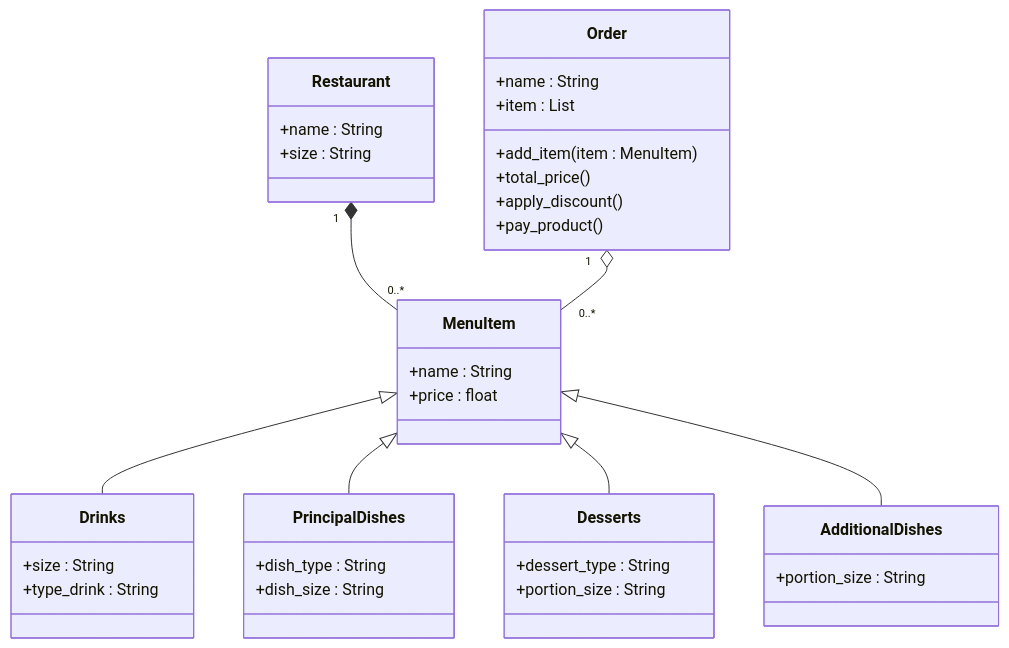
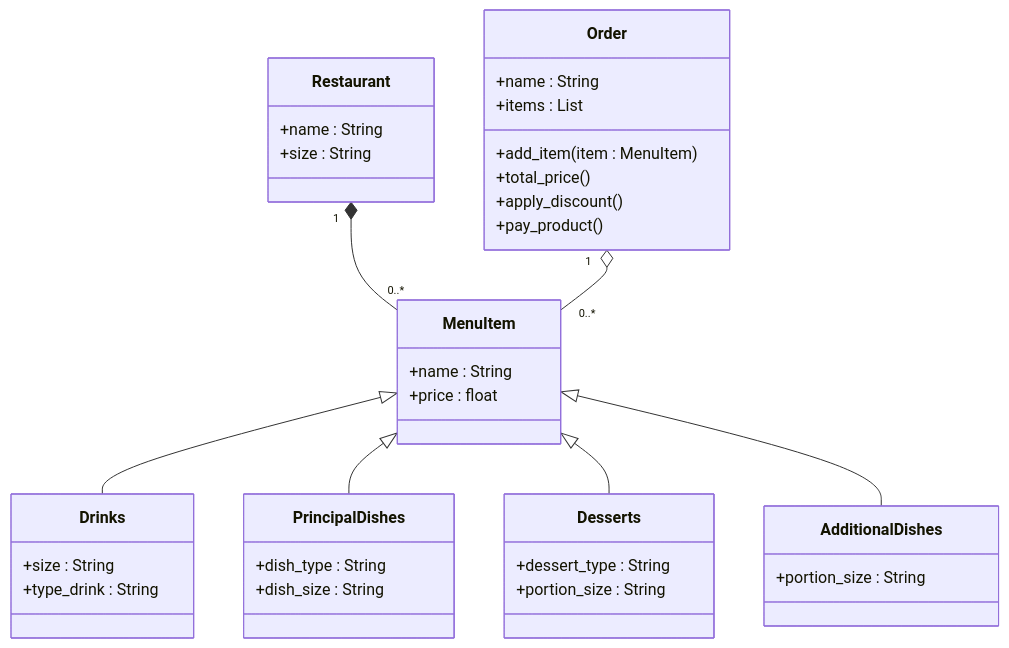
One commit to dabarretor/Reto-3-Composicion_vs_Herencia changed the diagram in README.md. Above: the diagram before and after it, drawn with Mermaid. The commit also changed 1 other file, not shown here.

Commit message:
Challenge 3 complete, but missing add explanations

````diff
--- a/README.md
+++ b/README.md
@@ -17,50 +17,50 @@
 ```mermaid
 classDiagram
 direction TB
 
     Restaurant "1" *-- "0..*" MenuItem
     Order "1" o-- "0..*" MenuItem
     MenuItem <|-- Drinks
     MenuItem <|-- PrincipalDishes
     MenuItem <|-- Desserts
     MenuItem <|-- AdditionalDishes
 
 
     class Restaurant {
 	    +name : String
 	    +size : String
     }
 
     class MenuItem {
 	    +name : String
 	    +price : float
     }
 
     class Order {
 	    +name : String
-        +item : List
+        +items : List
         +add_item(item : MenuItem)
         +total_price()
         +apply_discount()
         +pay_product()
     }
 
     class Drinks {
         +size : String
         +type_drink : String
     }
 
     class PrincipalDishes {
         +dish_type : String
         +dish_size : String
     }
 
     class Desserts {
         +dessert_type : String
         +portion_size : String
     }
 
     class AdditionalDishes {
         +portion_size : String
     }
 ```
````
